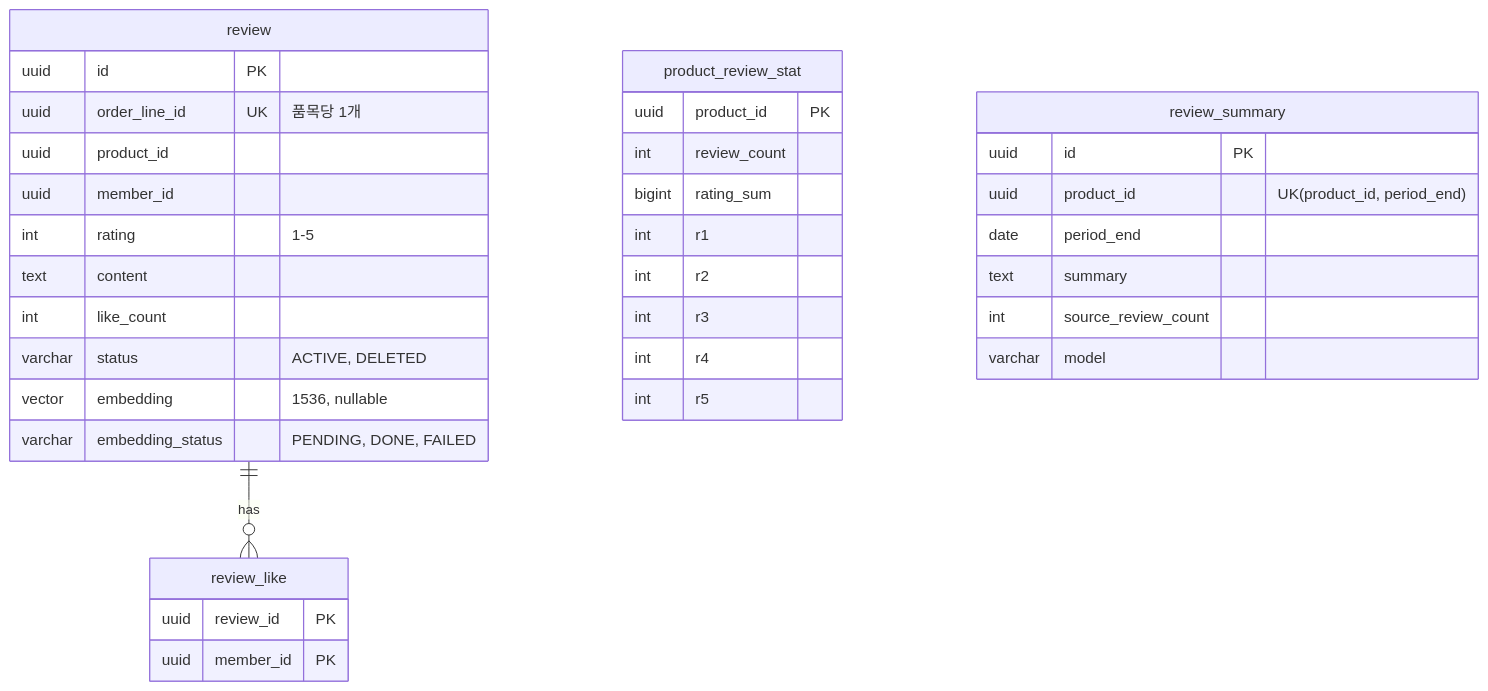
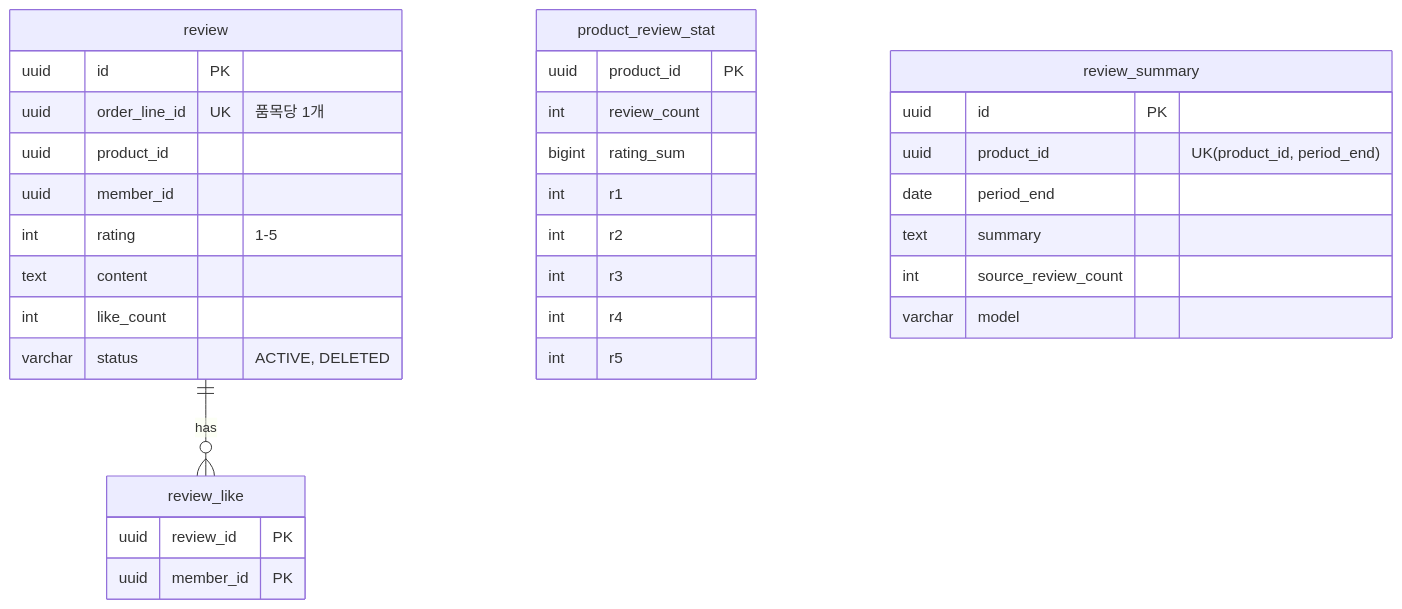
One commit to 95twan/myroutine-v2 changed the seventh of 10 diagrams in docs/02-design/03-erd.md. Above: the diagram before and after it, drawn with Mermaid. The commit also changed other lines of this file and 27 other files, not shown here.

````diff
--- a/docs/02-design/03-erd.md
+++ b/docs/02-design/03-erd.md
@@ -395,38 +338,36 @@
 ```mermaid
 erDiagram
   review ||--o{ review_like : has
   review {
     uuid id PK
     uuid order_line_id UK "품목당 1개"
     uuid product_id
     uuid member_id
     int rating "1-5"
     text content
     int like_count
     varchar status "ACTIVE, DELETED"
-    vector embedding "1536, nullable"
-    varchar embedding_status "PENDING, DONE, FAILED"
   }
   review_like {
     uuid review_id PK
     uuid member_id PK
   }
   product_review_stat {
     uuid product_id PK
     int review_count
     bigint rating_sum
     int r1
     int r2
     int r3
     int r4
     int r5
   }
   review_summary {
     uuid id PK
     uuid product_id "UK(product_id, period_end)"
     date period_end
     text summary
     int source_review_count
     varchar model
   }
 ```
````
